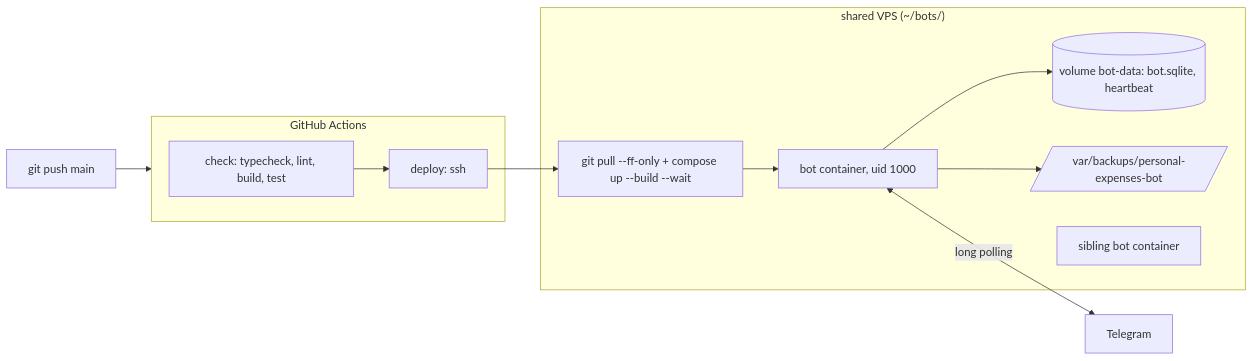
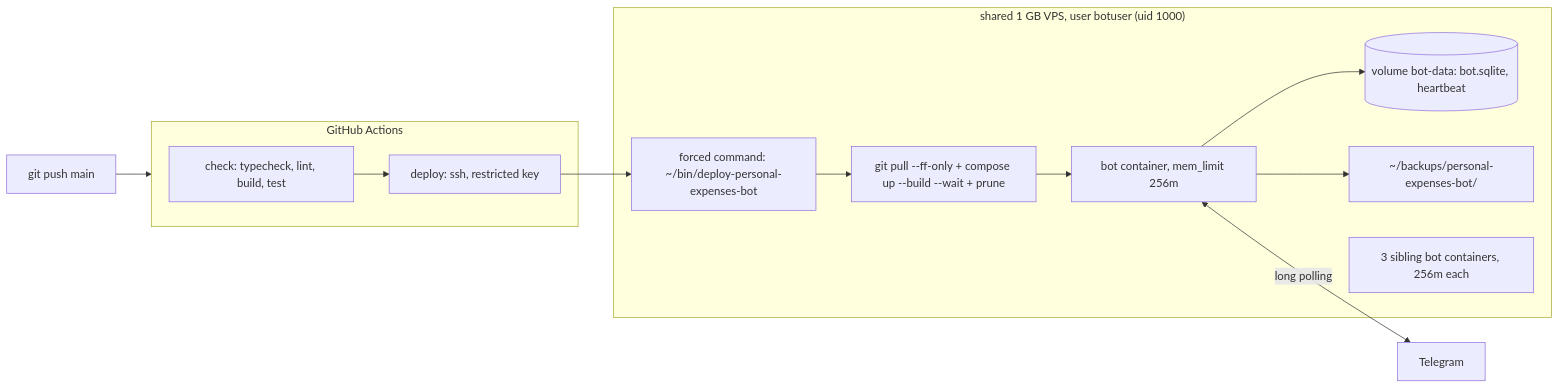
The diagram in docs/plans/0002-deploy-docker-vps.md (IgorKonovalov/personal_expenses_bot), drawn with Mermaid before and after one commit. The commit also changed other lines of this file and 1 other file, not shown here.

First line of the commit message:
docs(plans): amend plan 0002 for the shared-VPS survey

````diff
--- a/docs/plans/0002-deploy-docker-vps.md
+++ b/docs/plans/0002-deploy-docker-vps.md
@@ -45,15 +66,16 @@
 ```mermaid
 flowchart LR
     Dev[git push main] --> GH
     subgraph GH["GitHub Actions"]
-        C[check: typecheck, lint, build, test] --> D[deploy: ssh]
+        C[check: typecheck, lint, build, test] --> D[deploy: ssh, restricted key]
     end
-    subgraph VPS["shared VPS (~/bots/)"]
-        D --> P[git pull --ff-only + compose up --build --wait]
-        P --> B[bot container, uid 1000]
+    subgraph VPS["shared 1 GB VPS, user botuser (uid 1000)"]
+        D --> F[forced command: ~/bin/deploy-personal-expenses-bot]
+        F --> P[git pull --ff-only + compose up --build --wait + prune]
+        P --> B[bot container, mem_limit 256m]
         B --> V[(volume bot-data: bot.sqlite, heartbeat)]
-        B --> H[/var/backups/personal-expenses-bot/]
-        S[sibling bot container]
+        B --> H[~/backups/personal-expenses-bot/]
+        S[3 sibling bot containers, 256m each]
     end
     B <-->|long polling| TG[Telegram]
 ```
````
